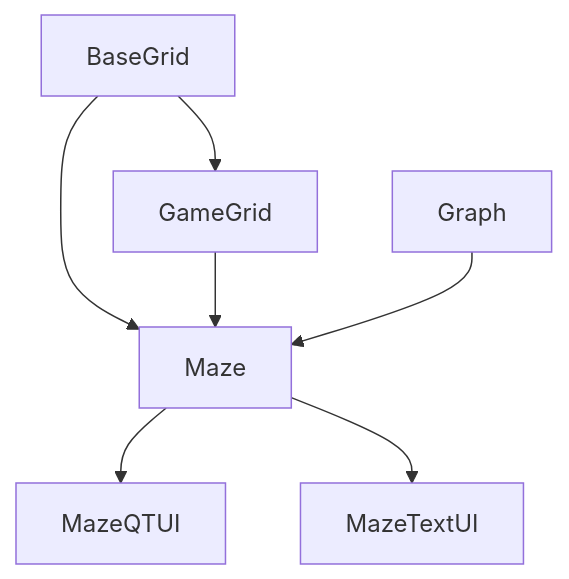
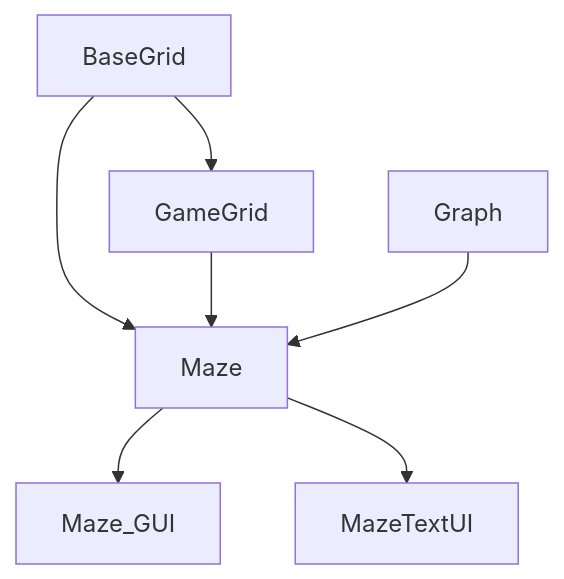
The first of 5 diagrams in hello_maze/readme.md (fvbakel/brilliant), drawn with Mermaid before and after one commit. The commit also changed other lines of this file and 3 other files, not shown here.

````diff
--- a/hello_maze/readme.md
+++ b/hello_maze/readme.md
@@ -5,10 +5,10 @@
 ```mermaid
   graph TD;
     BaseGrid --> Maze
     BaseGrid --> GameGrid
     GameGrid --> Maze
     Graph  --> Maze
-    Maze --> MazeQTUI
+    Maze --> Maze_GUI
     Maze --> MazeTextUI
 
 ```
````
